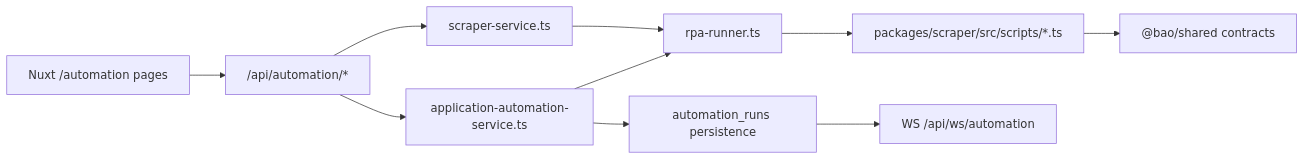
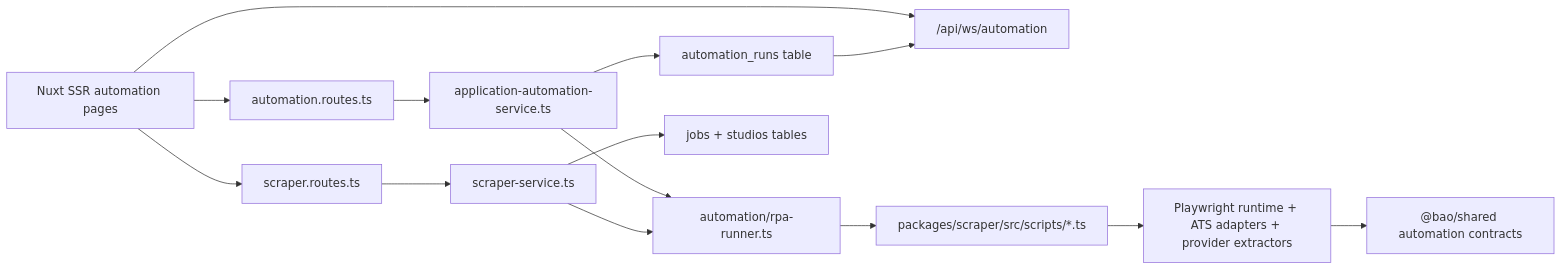
Before and after one commit to d4551/baobuildbuddy: the diagram in docs/AUTOMATION.md, drawn with Mermaid. The commit also changed 13 other files, not shown here.

````diff
--- a/docs/AUTOMATION.md
+++ b/docs/AUTOMATION.md
@@ -23,12 +23,16 @@
 ```mermaid
 flowchart LR
-  UI["Nuxt /automation pages"] --> API["/api/automation/*"]
-  API --> Service["application-automation-service.ts"]
-  API --> ScraperService["scraper-service.ts"]
-  Service --> Runner["rpa-runner.ts"]
+  UI["Nuxt SSR automation pages"] --> AutomationRoutes["automation.routes.ts"]
+  UI --> ScraperRoutes["scraper.routes.ts"]
+  UI --> AutomationWs["/api/ws/automation"]
+  AutomationRoutes --> Service["application-automation-service.ts"]
+  ScraperRoutes --> ScraperService["scraper-service.ts"]
+  Service --> Runner["automation/rpa-runner.ts"]
   ScraperService --> Runner
   Runner --> Scripts["packages/scraper/src/scripts/*.ts"]
-  Scripts --> Shared["@bao/shared contracts"]
-  Service --> Runs["automation_runs persistence"]
-  Runs --> WS["WS /api/ws/automation"]
+  Scripts --> Runtime["Playwright runtime + ATS adapters + provider extractors"]
+  Runtime --> Shared["@bao/shared automation contracts"]
+  Service --> Runs["automation_runs table"]
+  ScraperService --> JobsStudios["jobs + studios tables"]
+  Runs --> AutomationWs
 ```
````
